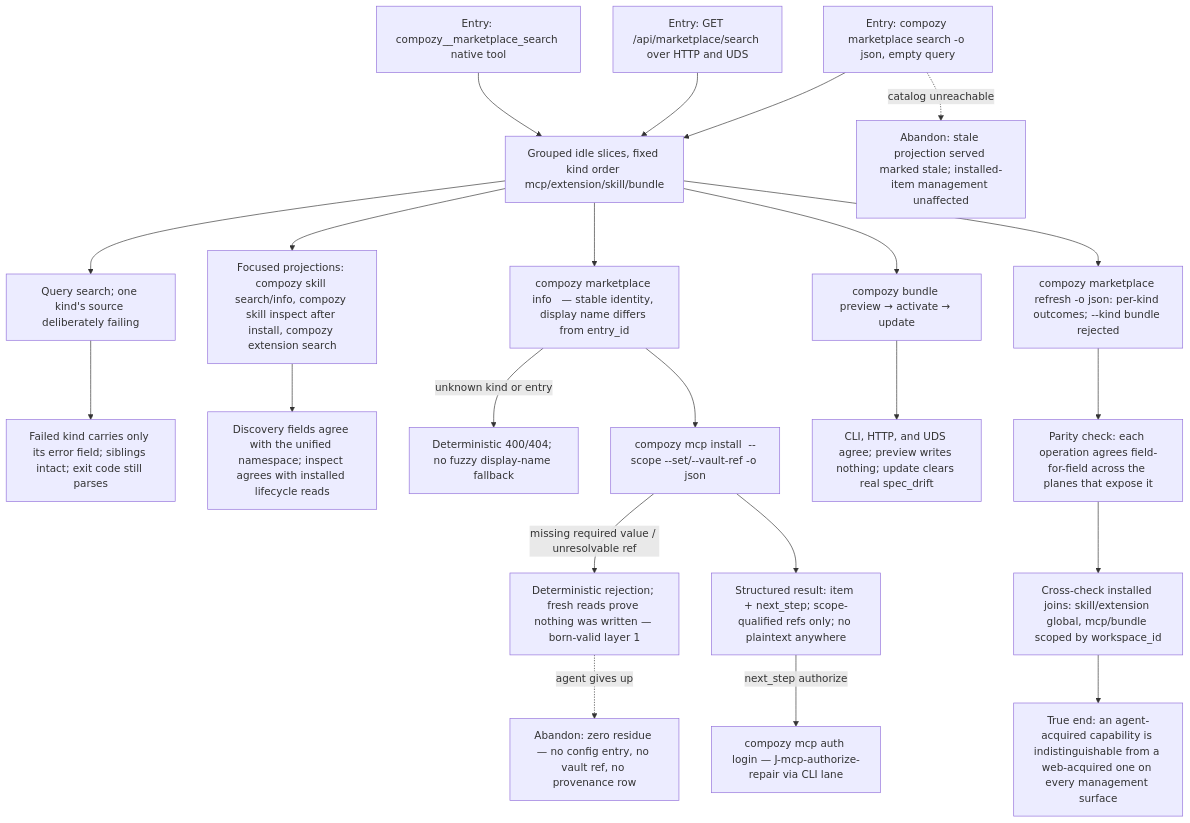
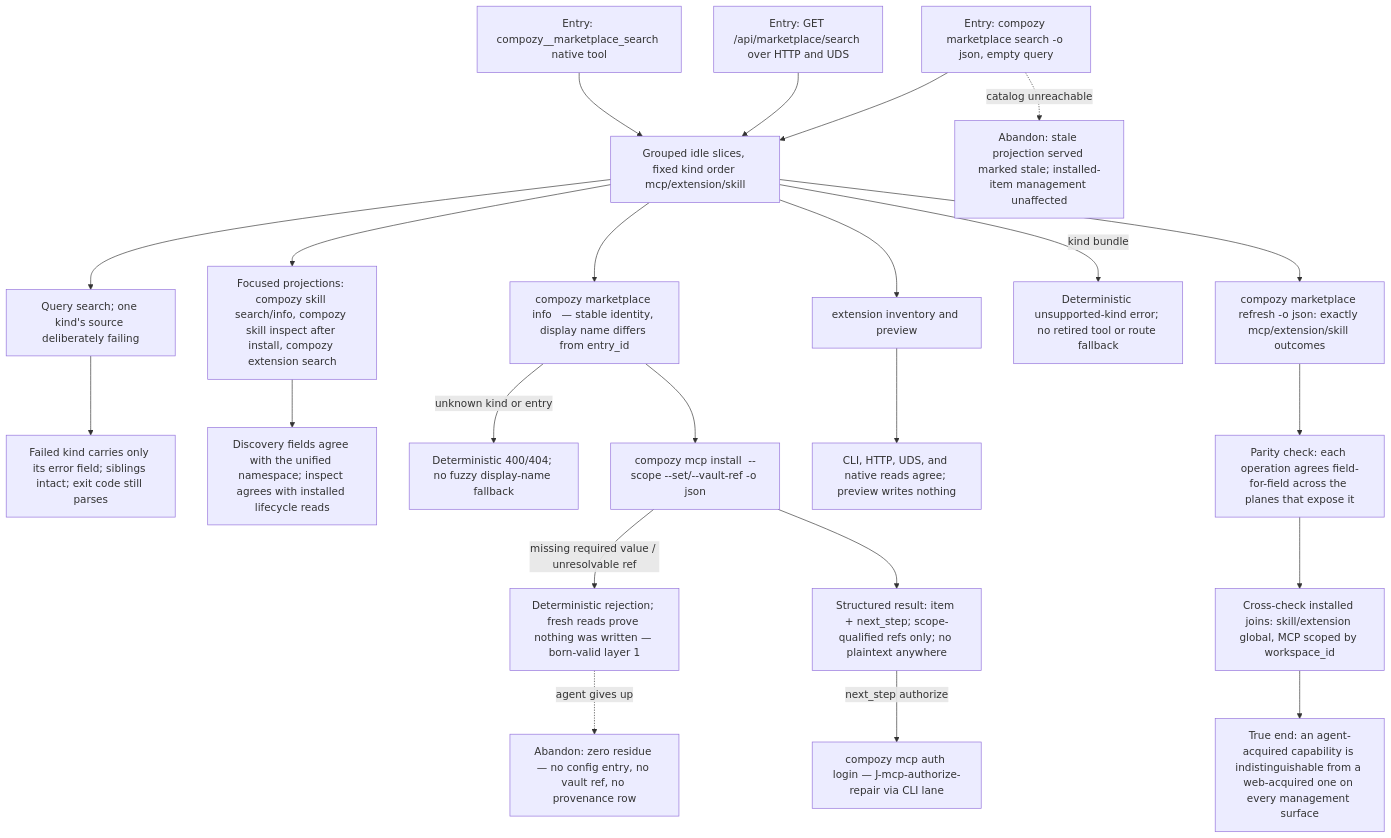
The diagram in docs/qa/journeys/J-agent-marketplace-parity.md (compozy/compozy), drawn with Mermaid before and after one commit. The commit also changed other lines of this file and 721 other files, not shown here.

````diff
--- a/docs/qa/journeys/J-agent-marketplace-parity.md
+++ b/docs/qa/journeys/J-agent-marketplace-parity.md
@@ -5,24 +5,25 @@
 ```mermaid
 flowchart TD
-  A[Entry: compozy marketplace search -o json, empty query] --> B[Grouped idle slices, fixed kind order mcp/extension/skill/bundle]
+  A[Entry: compozy marketplace search -o json, empty query] --> B[Grouped idle slices, fixed kind order mcp/extension/skill]
   A2[Entry: GET /api/marketplace/search over HTTP and UDS] --> B
   A3[Entry: compozy__marketplace_search native tool] --> B
   B --> C[Query search; one kind's source deliberately failing]
   C --> C2[Failed kind carries only its error field; siblings intact; exit code still parses]
   B --> C3[Focused projections: compozy skill search/info, compozy skill inspect after install, compozy extension search]
   C3 --> C4[Discovery fields agree with the unified namespace; inspect agrees with installed lifecycle reads]
   B --> D[compozy marketplace info <kind> <entry_id> — stable identity, display name differs from entry_id]
   D -->|unknown kind or entry| D2[Deterministic 400/404; no fuzzy display-name fallback]
   D --> E[compozy mcp install <entry> --scope --set/--vault-ref -o json]
   E -->|missing required value / unresolvable ref| E2[Deterministic rejection; fresh reads prove nothing was written — born-valid layer 1]
   E --> F[Structured result: item + next_step; scope-qualified refs only; no plaintext anywhere]
   F -->|next_step authorize| G[compozy mcp auth login — J-mcp-authorize-repair via CLI lane]
-  B --> G2[compozy bundle preview → activate → update]
-  G2 --> G3[CLI, HTTP, and UDS agree; preview writes nothing; update clears real spec_drift]
-  B --> H[compozy marketplace refresh -o json: per-kind outcomes; --kind bundle rejected]
+  B --> G2[extension inventory and preview]
+  G2 --> G3[CLI, HTTP, UDS, and native reads agree; preview writes nothing]
+  B -->|kind bundle| BX[Deterministic unsupported-kind error; no retired tool or route fallback]
+  B --> H[compozy marketplace refresh -o json: exactly mcp/extension/skill outcomes]
   H --> I[Parity check: each operation agrees field-for-field across the planes that expose it]
-  I --> J[Cross-check installed joins: skill/extension global, mcp/bundle scoped by workspace_id]
+  I --> J[Cross-check installed joins: skill/extension global, MCP scoped by workspace_id]
   A -.->|catalog unreachable| X1[Abandon: stale projection served marked stale; installed-item management unaffected]
   E2 -.->|agent gives up| X2[Abandon: zero residue — no config entry, no vault ref, no provenance row]
   J --> Z[True end: an agent-acquired capability is indistinguishable from a web-acquired one on every management surface]
 ```
````
